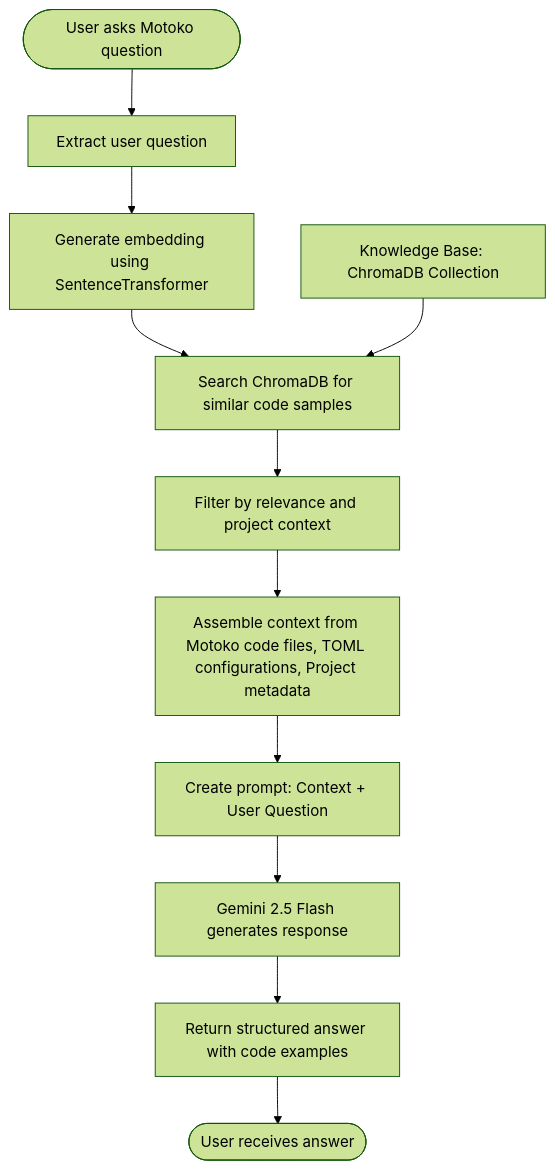
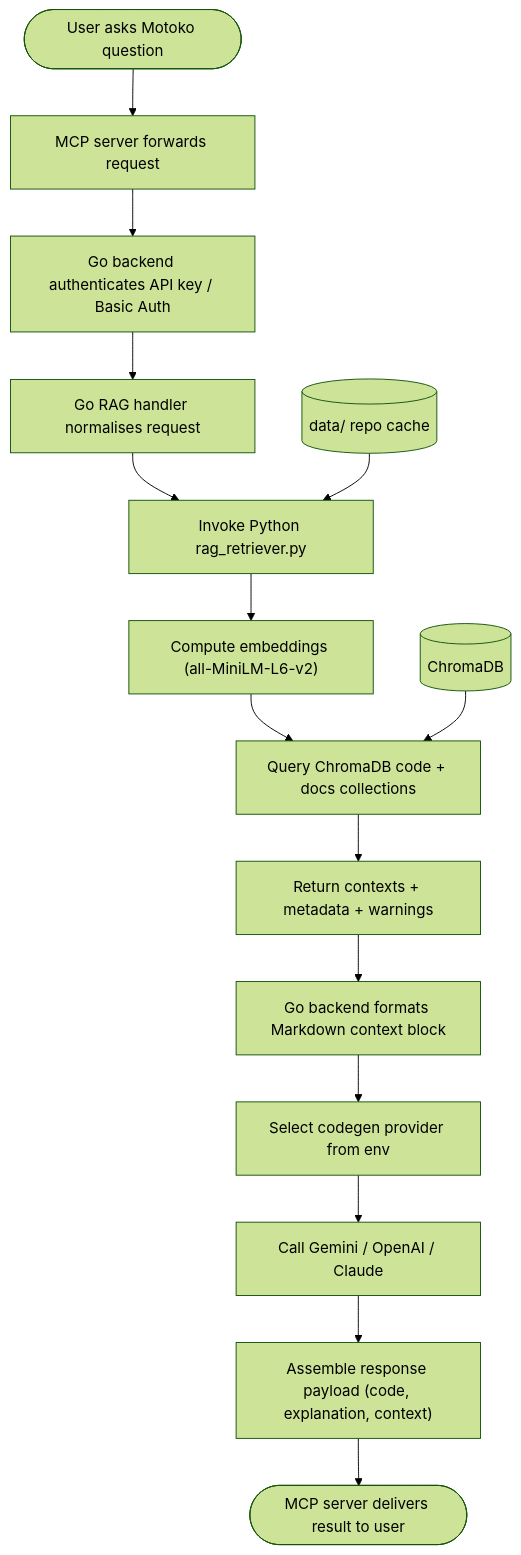
One commit to Quantum3-Labs/icp-coder changed the second of 4 diagrams in RAG_APPROACH_DIAGRAM.md. Above: the diagram before and after it, drawn with Mermaid (forest theme). The commit also changed other lines of this file and 3 other files, not shown here.

Commit message:
Update rag diagrams, add architecture diagram

````diff
--- a/RAG_APPROACH_DIAGRAM.md
+++ b/RAG_APPROACH_DIAGRAM.md
@@ -20,14 +22,17 @@
 ```mermaid
 flowchart TD
-    Start([User asks Motoko question]) --> Query
-    Query["Extract user question"] --> Embed
-    Embed["Generate embedding using SentenceTransformer"] --> Search
-    Search["Search ChromaDB for similar code samples"] --> Filter
-    Filter["Filter by relevance and project context"] --> Context
-    Context["Assemble context from Motoko code files, TOML configurations, Project metadata"] --> Prompt
-    Prompt["Create prompt: Context + User Question"] --> LLM
-    LLM["Gemini 2.5 Flash generates response"] --> Response
-    Response["Return structured answer with code examples"] --> End([User receives answer])
-    KB["Knowledge Base: ChromaDB Collection"] --> Search
-    %% Styling removed for GitHub compatibility
+    Start([User asks Motoko question]) --> Intake["MCP server forwards request"]
+    Intake --> Auth["Go backend authenticates API key / Basic Auth"]
+    Auth --> Dispatch["Go RAG handler normalises request"]
+    Dispatch --> Subprocess["Invoke Python rag_retriever.py"]
+    Subprocess --> Embedding["Compute embeddings (all-MiniLM-L6-v2)"]
+    Embedding --> Retrieval["Query ChromaDB code + docs collections"]
+    Retrieval --> Merge["Return contexts + metadata + warnings"]
+    Merge --> Format["Go backend formats Markdown context block"]
+    Format --> ProviderSelect["Select codegen provider from env"]
+    ProviderSelect --> LLM["Call Gemini / OpenAI / Claude"]
+    LLM --> Assemble["Assemble response payload (code, explanation, context)"]
+    Assemble --> End([MCP server delivers result to user])
+    Chroma[(ChromaDB)] --> Retrieval
+    DataCache[(data/ repo cache)] --> Subprocess
 ```
````
